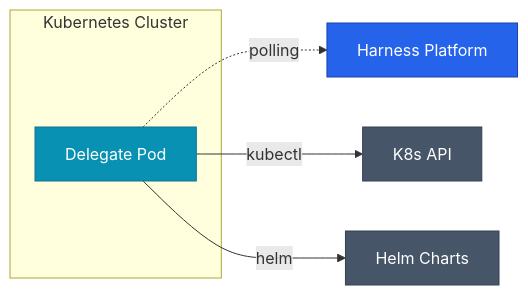
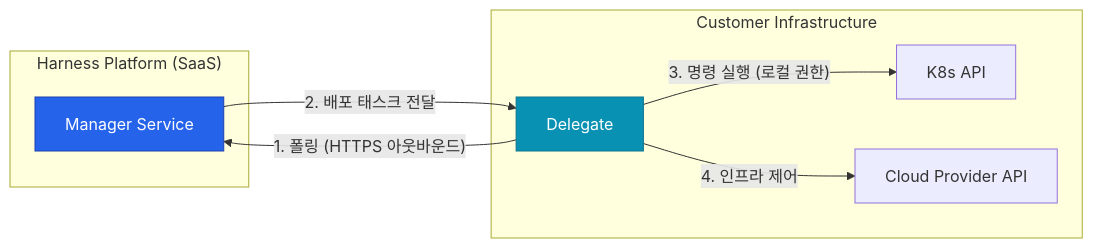
Before and after one commit to No1Joon/No1Joon.github.io: the diagram in _posts/ci-cd/2026-04-08-harness-02-setup.md, drawn with Mermaid. The commit also changed other lines of this file and 3 other files, not shown here.

````diff
--- a/_posts/ci-cd/2026-04-08-harness-02-setup.md
+++ b/_posts/ci-cd/2026-04-08-harness-02-setup.md
@@ -18,21 +28,23 @@
 ```mermaid
 flowchart LR
-    P["Harness Platform"]
-    subgraph cluster["Kubernetes Cluster"]
-        D["Delegate Pod"]
+    subgraph SaaS["Harness Platform (SaaS)"]
+        Manager["Manager Service"]
     end
-    K["K8s API"]
-    H["Helm Charts"]
+    
+    subgraph Local["Customer Infrastructure"]
+        D["Delegate"]
+        K8s["K8s API"]
+        Cloud["Cloud Provider API"]
+    end
 
-    D -. polling .-> P
-    D -->|kubectl| K
-    D -->|helm| H
+    D -- "1. 폴링 (HTTPS 아웃바운드)" --> Manager
+    Manager -- "2. 배포 태스크 전달" --> D
+    D -- "3. 명령 실행 (로컬 권한)" --> K8s
+    D -- "4. 인프라 제어" --> Cloud
 
     classDef primary fill:#2563eb,stroke:#1e40af,color:#ffffff
     classDef info fill:#0891b2,stroke:#0e7490,color:#ffffff
-    classDef neutral fill:#475569,stroke:#334155,color:#ffffff
-
-    class P primary
+    
+    class Manager primary
     class D info
-    class K,H neutral
 ```
````
